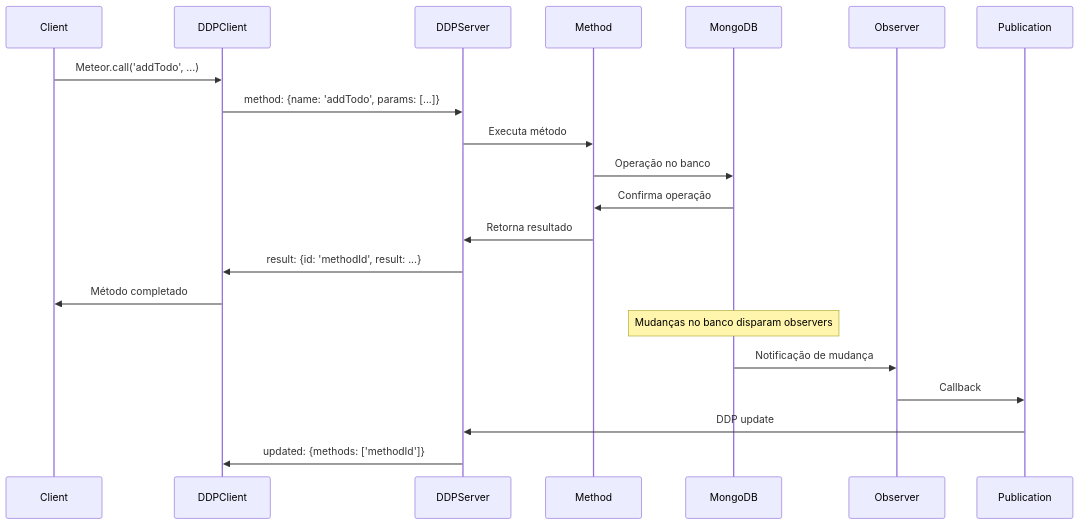
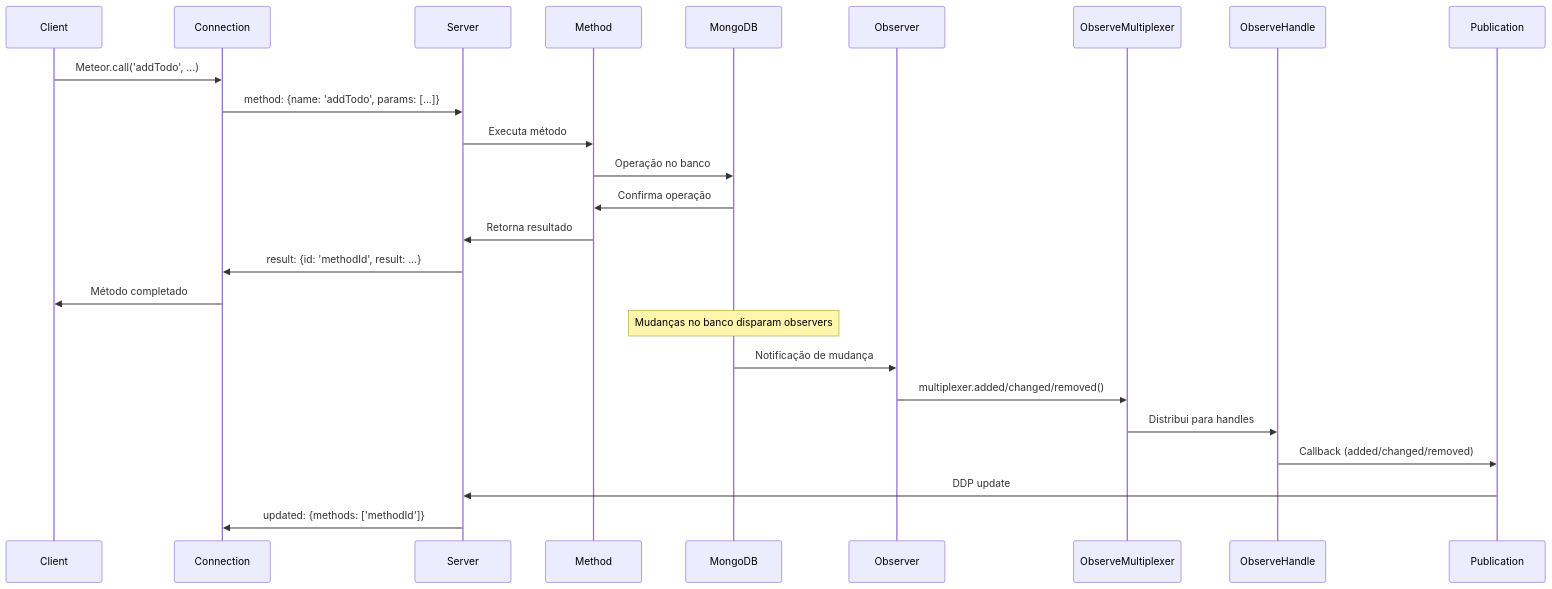
One commit to italojs/ddp-blog-post changed diagram 14 of 15 in readme.md. Above: the diagram before and after it, drawn with Mermaid. The commit also changed other lines of this file, not shown here.

````diff
--- a/readme.md
+++ b/readme.md
@@ -1232,23 +2032,25 @@
 ```mermaid
 sequenceDiagram
     participant Client
-    participant DDPClient
-    participant DDPServer
+    participant Connection
+    participant Server
     participant Method
     participant MongoDB
     
-    Client->>DDPClient: Meteor.call('addTodo', ...)
-    DDPClient->>DDPServer: method: {name: 'addTodo', params: [...]}
-    DDPServer->>Method: Executa método
+    Client->>Connection: Meteor.call('addTodo', ...)
+    Connection->>Server: method: {name: 'addTodo', params: [...]}
+    Server->>Method: Executa método
     Method->>MongoDB: Operação no banco
     MongoDB->>Method: Confirma operação
-    Method->>DDPServer: Retorna resultado
-    DDPServer->>DDPClient: result: {id: 'methodId', result: ...}
-    DDPClient->>Client: Método completado
+    Method->>Server: Retorna resultado
+    Server->>Connection: result: {id: 'methodId', result: ...}
+    Connection->>Client: Método completado
     
     Note over MongoDB: Mudanças no banco disparam observers
     MongoDB->>Observer: Notificação de mudança
-    Observer->>Publication: Callback
-    Publication->>DDPServer: DDP update
-    DDPServer->>DDPClient: updated: {methods: ['methodId']}
+    Observer->>ObserveMultiplexer: multiplexer.added/changed/removed()
+    ObserveMultiplexer->>ObserveHandle: Distribui para handles
+    ObserveHandle->>Publication: Callback (added/changed/removed)
+    Publication->>Server: DDP update
+    Server->>Connection: updated: {methods: ['methodId']}
 ```
````
